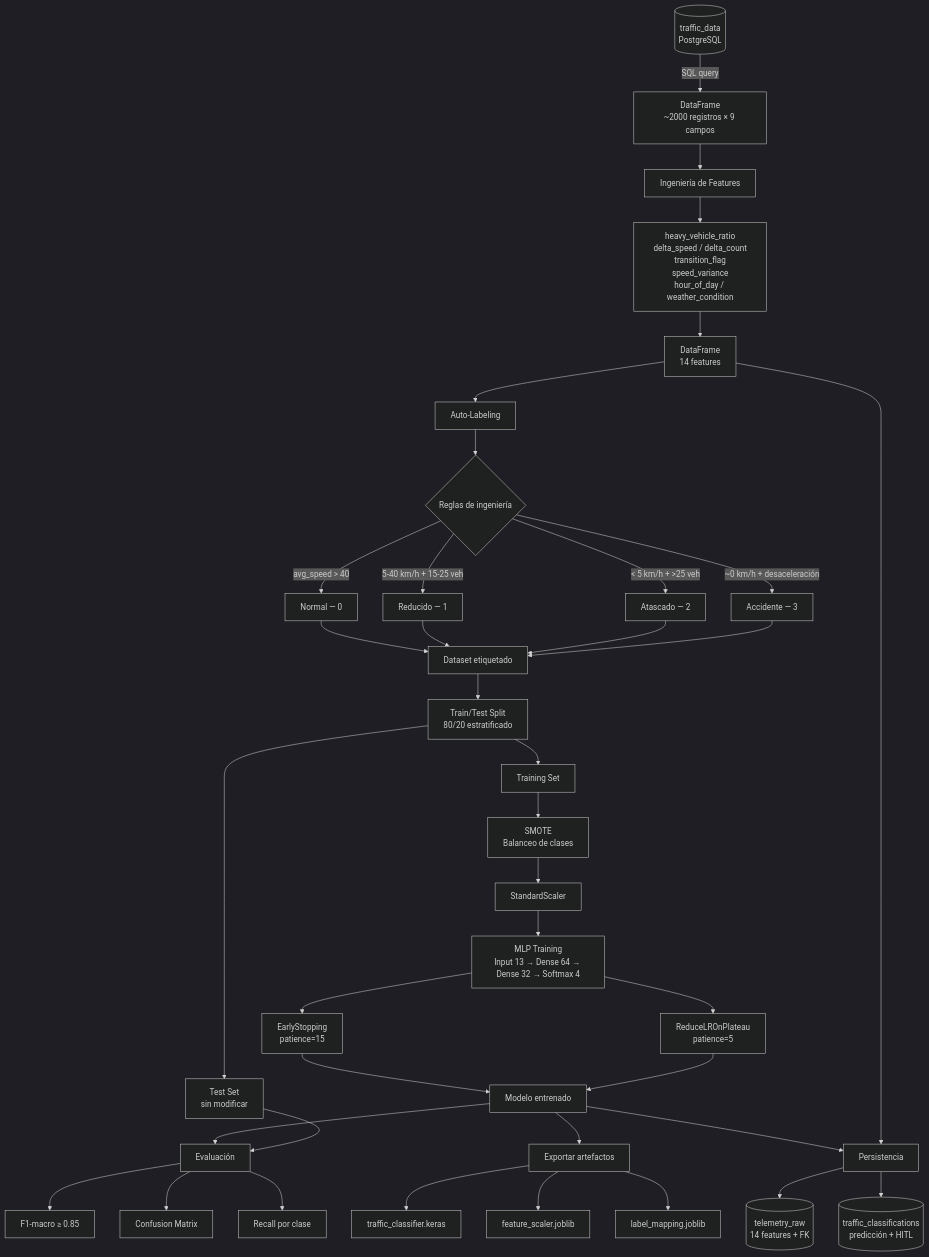
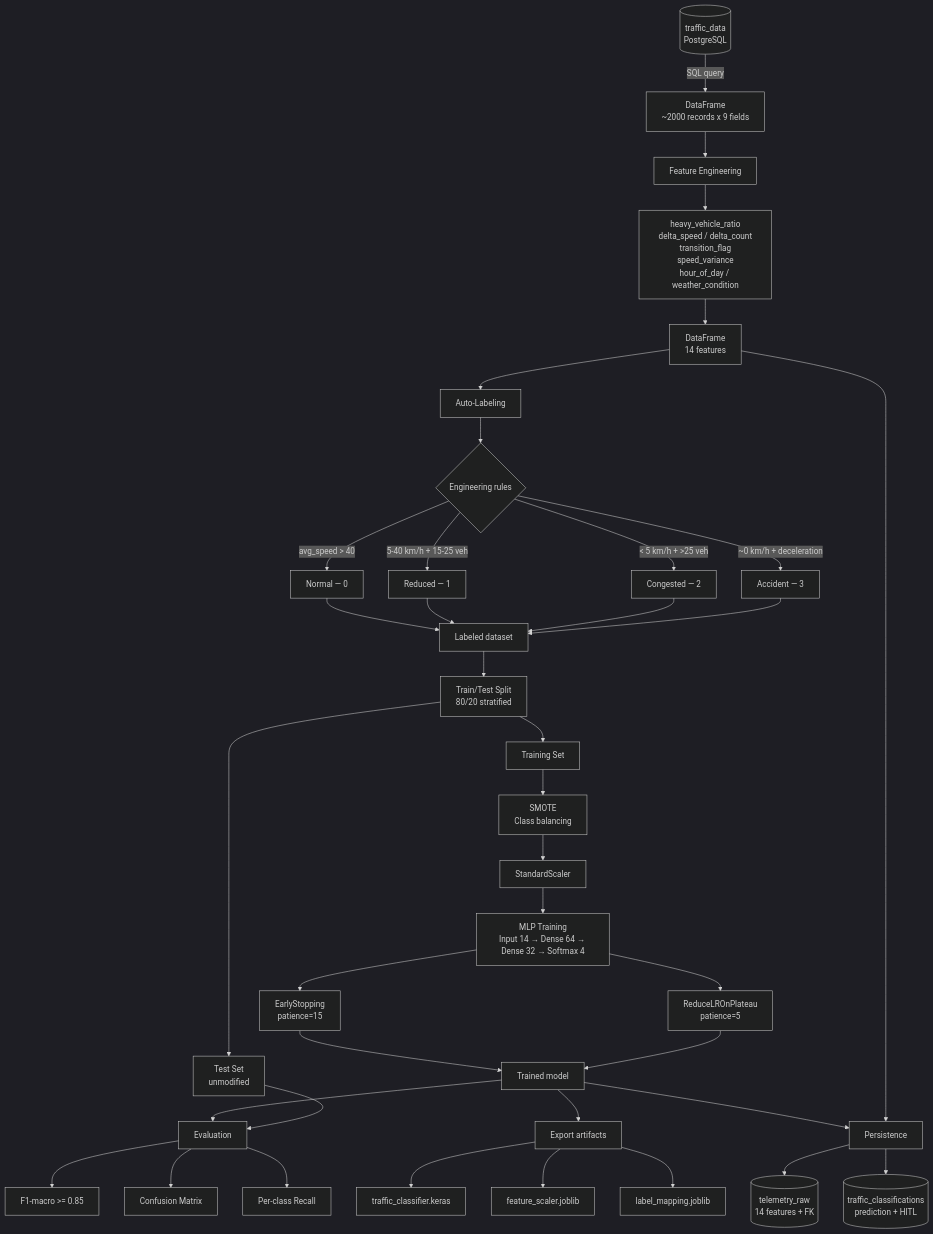
One commit to aka-titesen/vaaet changed the diagram in Docs/diagrams/intelligence-pipeline.md. Above: the diagram before and after it, drawn with Mermaid (dark theme). The commit also changed other lines of this file and 44 other files, not shown here.

First line of the commit message:
feat: Implement VAAET intelligence layer with configuration, database utilities, feature engineering, and auto-labeling

````diff
--- a/Docs/diagrams/intelligence-pipeline.md
+++ b/Docs/diagrams/intelligence-pipeline.md
@@ -8,46 +8,46 @@
 ```mermaid
 flowchart TD
-    A[(traffic_data<br/>PostgreSQL)] -->|SQL query| B[DataFrame<br/>~2000 registros × 9 campos]
+    A[(traffic_data<br/>PostgreSQL)] -->|SQL query| B[DataFrame<br/>~2000 records x 9 fields]
 
-    B --> C[Ingeniería de Features]
+    B --> C[Feature Engineering]
     C --> C1[heavy_vehicle_ratio<br/>delta_speed / delta_count<br/>transition_flag<br/>speed_variance<br/>hour_of_day / weather_condition]
     C1 --> D[DataFrame<br/>14 features]
 
     D --> E[Auto-Labeling]
-    E --> E1{Reglas de ingeniería}
+    E --> E1{Engineering rules}
     E1 -->|avg_speed > 40| F0[Normal — 0]
-    E1 -->|5-40 km/h + 15-25 veh| F1[Reducido — 1]
-    E1 -->|< 5 km/h + >25 veh| F2[Atascado — 2]
-    E1 -->|~0 km/h + desaceleración| F3[Accidente — 3]
+    E1 -->|5-40 km/h + 15-25 veh| F1[Reduced — 1]
+    E1 -->|< 5 km/h + >25 veh| F2[Congested — 2]
+    E1 -->|~0 km/h + deceleration| F3[Accident — 3]
 
-    F0 & F1 & F2 & F3 --> G[Dataset etiquetado]
+    F0 & F1 & F2 & F3 --> G[Labeled dataset]
 
-    G --> H[Train/Test Split<br/>80/20 estratificado]
+    G --> H[Train/Test Split<br/>80/20 stratified]
     H --> H1[Training Set]
-    H --> H2[Test Set<br/>sin modificar]
+    H --> H2[Test Set<br/>unmodified]
 
-    H1 --> I[SMOTE<br/>Balanceo de clases]
+    H1 --> I[SMOTE<br/>Class balancing]
     I --> J[StandardScaler]
 
-    J --> K[MLP Training<br/>Input 13 → Dense 64 → Dense 32 → Softmax 4]
+    J --> K[MLP Training<br/>Input 14 → Dense 64 → Dense 32 → Softmax 4]
     K --> K1[EarlyStopping<br/>patience=15]
     K --> K2[ReduceLROnPlateau<br/>patience=5]
 
-    K1 & K2 --> L[Modelo entrenado]
+    K1 & K2 --> L[Trained model]
 
-    L --> M[Evaluación]
+    L --> M[Evaluation]
     H2 --> M
-    M --> M1[F1-macro ≥ 0.85]
+    M --> M1[F1-macro >= 0.85]
     M --> M2[Confusion Matrix]
-    M --> M3[Recall por clase]
+    M --> M3[Per-class Recall]
 
-    L --> N[Exportar artefactos]
+    L --> N[Export artifacts]
     N --> N1[traffic_classifier.keras]
     N --> N2[feature_scaler.joblib]
     N --> N3[label_mapping.joblib]
 
-    L --> O[Persistencia]
+    L --> O[Persistence]
     D --> O
     O --> P[(telemetry_raw<br/>14 features + FK)]
-    O --> Q[(traffic_classifications<br/>predicción + HITL)]
+    O --> Q[(traffic_classifications<br/>prediction + HITL)]
 ```
````
